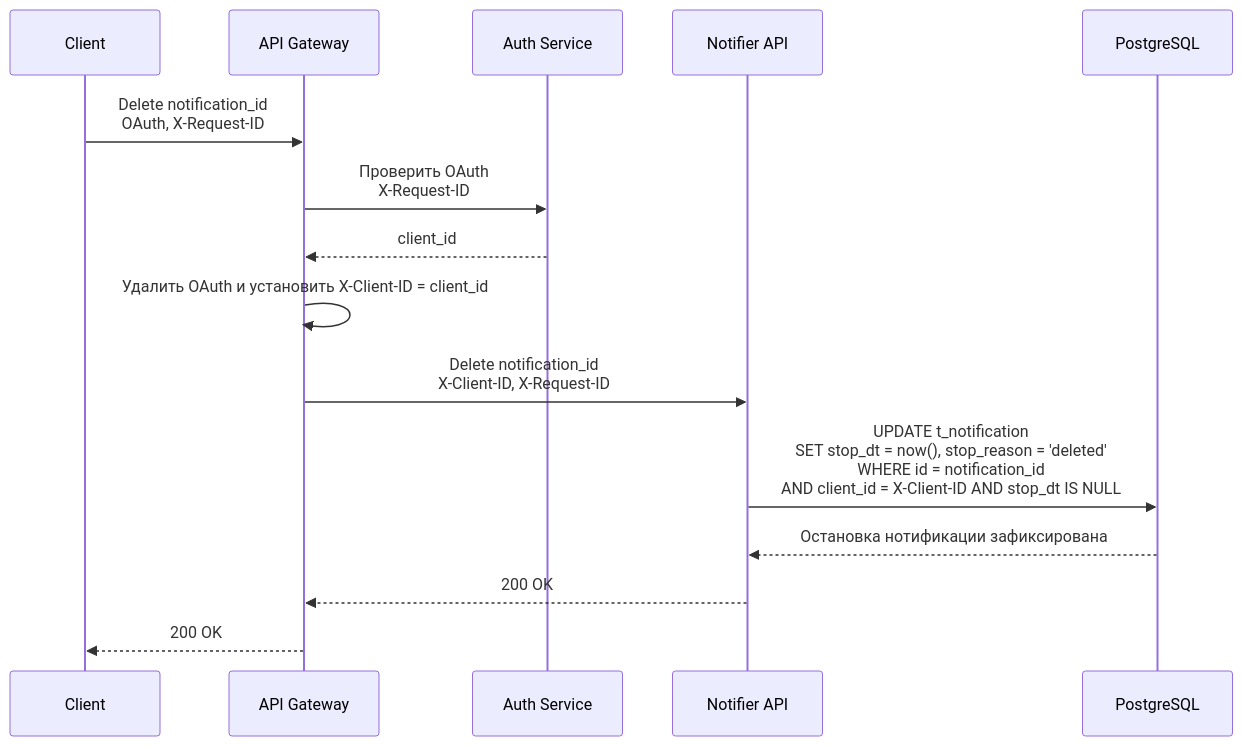
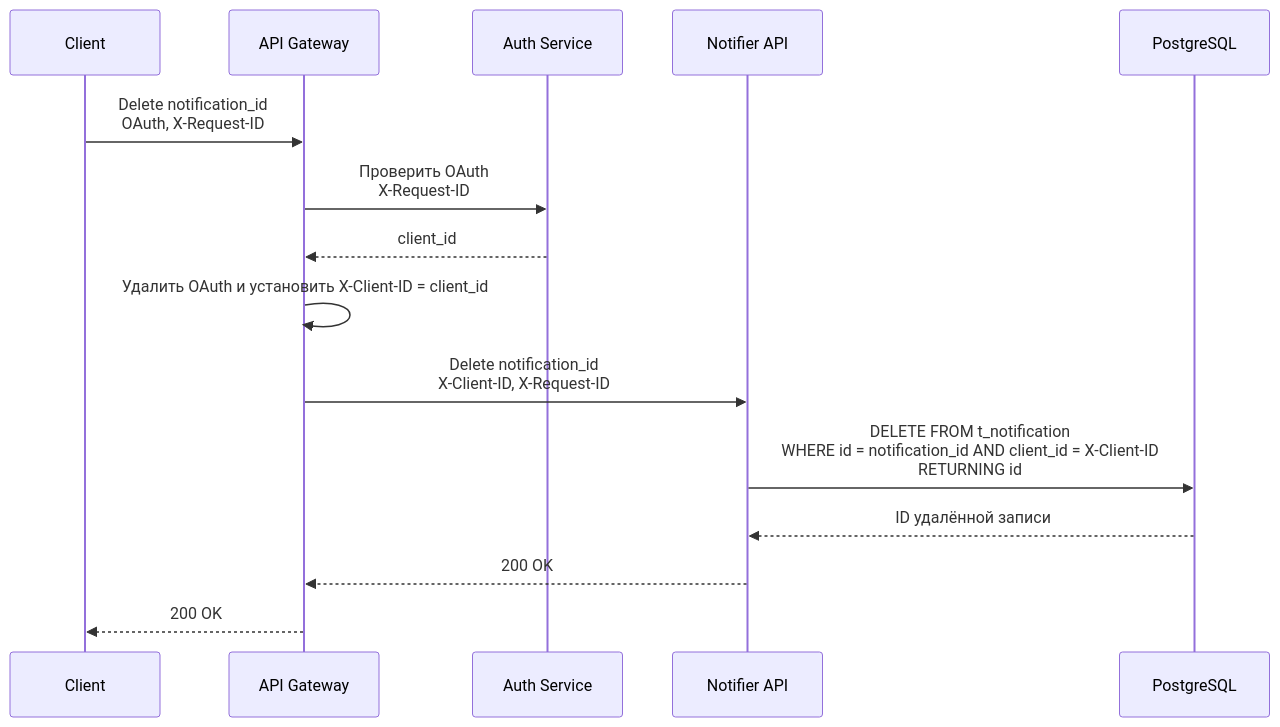
The fourth of 6 diagrams in README.md (ssunshineguy/notifier), drawn with Mermaid before and after one commit. The commit also changed other lines of this file and 14 other files, not shown here.

````diff
--- a/README.md
+++ b/README.md
@@ -112,18 +112,18 @@
 ```mermaid
 sequenceDiagram
     participant C as Client
     participant G as API Gateway
     participant A as Auth Service
     participant N as Notifier API
     participant DB as PostgreSQL
 
     C->>G: Delete notification_id<br/>OAuth, X-Request-ID
     G->>A: Проверить OAuth<br/>X-Request-ID
     A-->>G: client_id
     G->>G: Удалить OAuth и установить X-Client-ID = client_id
     G->>N: Delete notification_id<br/>X-Client-ID, X-Request-ID
-    N->>DB: UPDATE t_notification<br/>SET stop_dt = now(), stop_reason = 'deleted'<br/>WHERE id = notification_id<br/>AND client_id = X-Client-ID AND stop_dt IS NULL
-    DB-->>N: Остановка нотификации зафиксирована
+    N->>DB: DELETE FROM t_notification<br/>WHERE id = notification_id AND client_id = X-Client-ID<br/>RETURNING id
+    DB-->>N: ID удалённой записи
     N-->>G: 200 OK
     G-->>C: 200 OK
 ```
````
